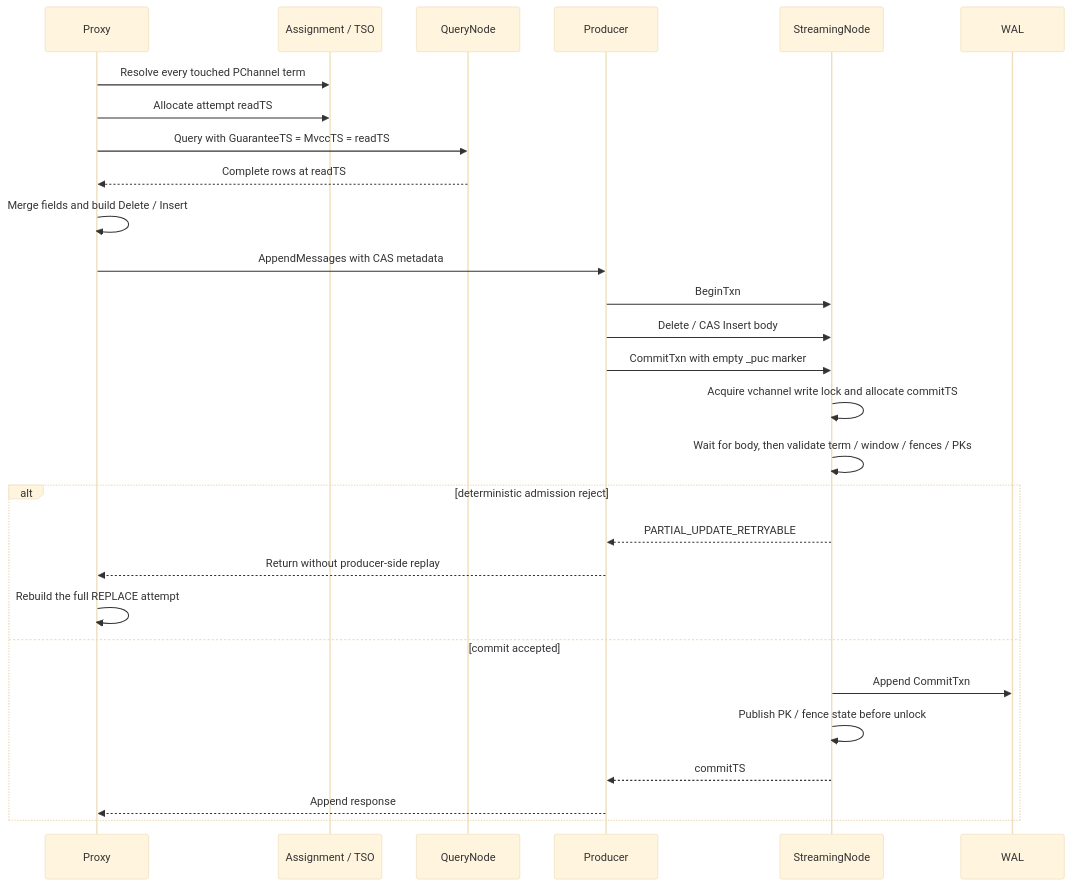
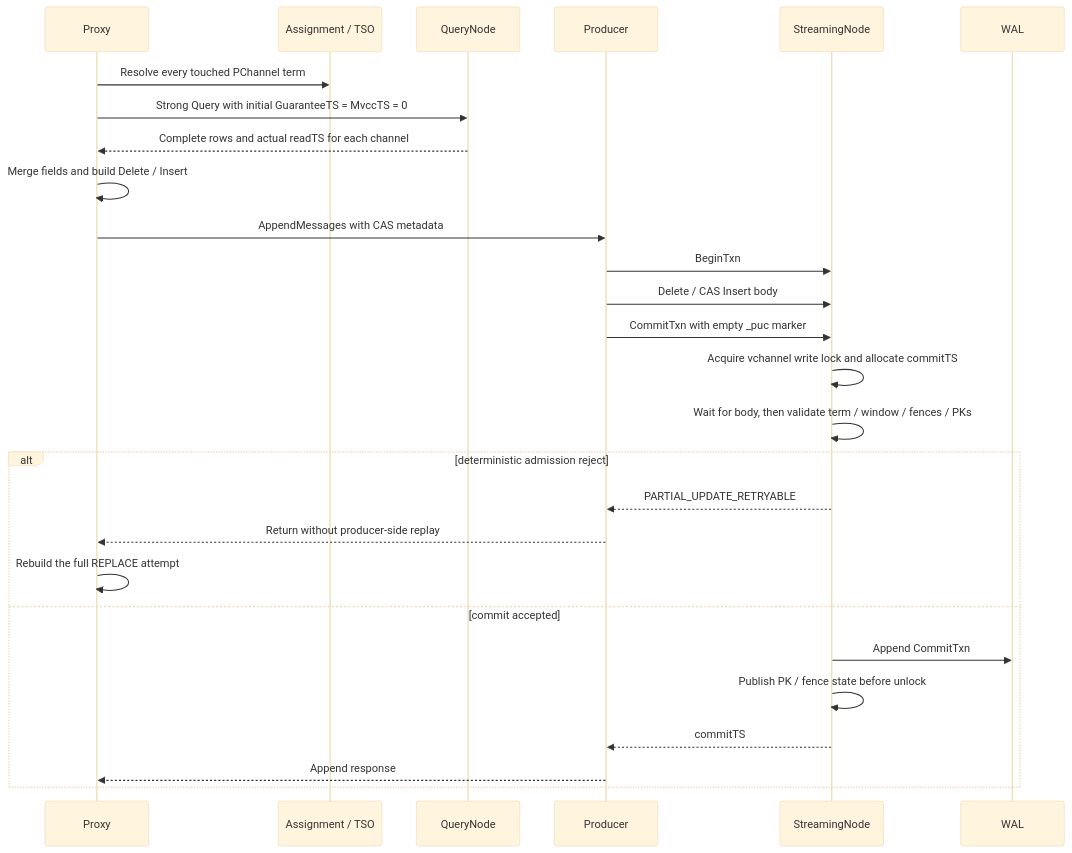
Before and after one commit to milvus-io/milvus: the second of 2 diagrams in docs/design-docs/design_docs/20260601-partial-update-optimistic-lock-design.md, drawn with Mermaid (base theme). The commit also changed other lines of this file and 13 other files, not shown here.

````diff
--- a/docs/design-docs/design_docs/20260601-partial-update-optimistic-lock-design.md
+++ b/docs/design-docs/design_docs/20260601-partial-update-optimistic-lock-design.md
@@ -215,31 +220,30 @@
 ```mermaid
 sequenceDiagram
     participant P as Proxy
     participant A as Assignment / TSO
     participant Q as QueryNode
     participant R as Producer
     participant S as StreamingNode
     participant W as WAL
 
     P->>A: Resolve every touched PChannel term
-    P->>A: Allocate attempt readTS
-    P->>Q: Query with GuaranteeTS = MvccTS = readTS
-    Q-->>P: Complete rows at readTS
+    P->>Q: Strong Query with initial GuaranteeTS = MvccTS = 0
+    Q-->>P: Complete rows and actual readTS for each channel
     P->>P: Merge fields and build Delete / Insert
     P->>R: AppendMessages with CAS metadata
     R->>S: BeginTxn
     R->>S: Delete / CAS Insert body
     R->>S: CommitTxn with empty _puc marker
     S->>S: Acquire vchannel write lock and allocate commitTS
     S->>S: Wait for body, then validate term / window / fences / PKs
     alt deterministic admission reject
         S-->>R: PARTIAL_UPDATE_RETRYABLE
         R-->>P: Return without producer-side replay
         P->>P: Rebuild the full REPLACE attempt
     else commit accepted
         S->>W: Append CommitTxn
         S->>S: Publish PK / fence state before unlock
         S-->>R: commitTS
         R-->>P: Append response
     end
 ```
````
